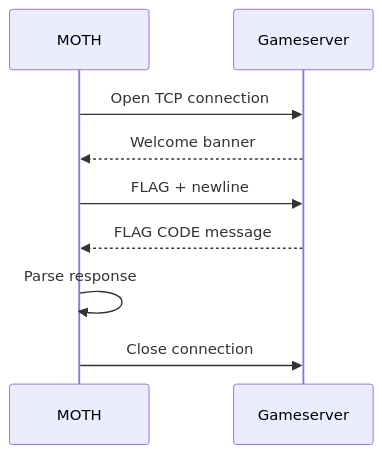
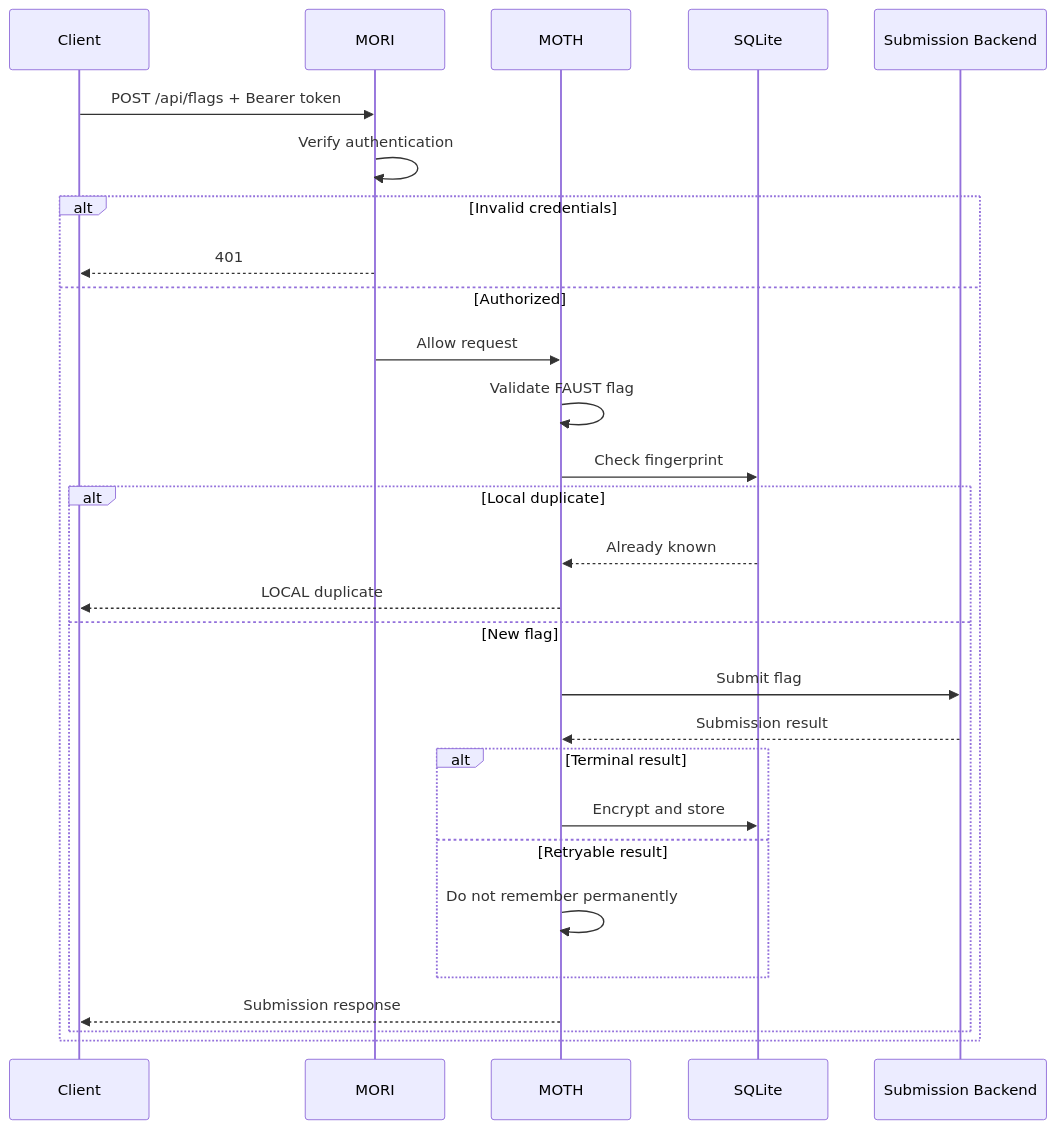
One commit to Denis-Krueger-labs/MOTH changed the second of 4 diagrams in README.md. Above: the diagram before and after it, drawn with Mermaid. The commit also changed other lines of this file and 1 other file, not shown here.

Commit message:
mori opened the internal operations binder

````diff
--- a/README.md
+++ b/README.md
@@ -583,12 +129,35 @@
 ```mermaid
 sequenceDiagram
-    participant M as MOTH
-    participant G as Gameserver
+    participant C as Client
+    participant M as MORI
+    participant API as MOTH
+    participant DB as SQLite
+    participant G as Submission Backend
 
-    M->>G: Open TCP connection
-    G-->>M: Welcome banner
-    M->>G: FLAG + newline
-    G-->>M: FLAG CODE message
-    M->>M: Parse response
-    M->>G: Close connection
+    C->>M: POST /api/flags + Bearer token
+    M->>M: Verify authentication
+
+    alt Invalid credentials
+        M-->>C: 401
+    else Authorized
+        M->>API: Allow request
+        API->>API: Validate FAUST flag
+        API->>DB: Check fingerprint
+
+        alt Local duplicate
+            DB-->>API: Already known
+            API-->>C: LOCAL duplicate
+        else New flag
+            API->>G: Submit flag
+            G-->>API: Submission result
+
+            alt Terminal result
+                API->>DB: Encrypt and store
+            else Retryable result
+                API->>API: Do not remember permanently
+            end
+
+            API-->>C: Submission response
+        end
+    end
 ```
````
